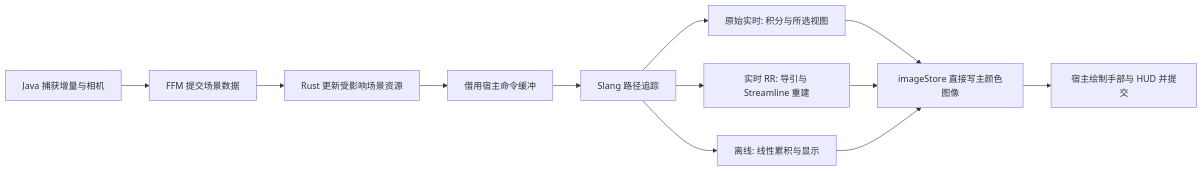
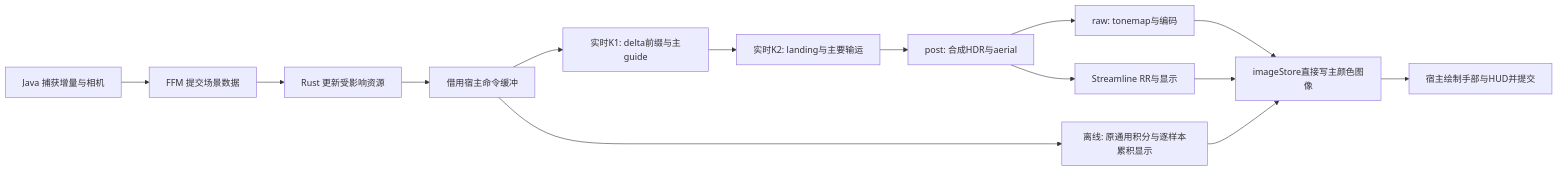
Before and after one commit to bWFuanVzYWth/prime: the diagram in docs/pipeline.md, drawn with Mermaid. The commit also changed other lines of this file and 68 other files, not shown here.

````diff
--- a/docs/pipeline.md
+++ b/docs/pipeline.md
@@ -44,14 +44,16 @@
 ```mermaid
 flowchart LR
     A[Java 捕获增量与相机] --> B[FFM 提交场景数据]
-    B --> C[Rust 更新受影响场景资源]
+    B --> C[Rust 更新受影响资源]
     C --> D[借用宿主命令缓冲]
-    D --> E[Slang 路径追踪]
-    E --> R[原始实时: 积分与所选视图]
-    E --> RR[实时 RR: 导引与 Streamline 重建]
-    E --> O[离线: 线性累积与显示]
-    R --> F[imageStore 直接写主颜色图像]
+    D --> K1[实时K1: delta前缀与主guide]
+    K1 --> K2[实时K2: landing与主要输运]
+    K2 --> P[post: 合成HDR与aerial]
+    P --> R[raw: tonemap与编码]
+    P --> RR[Streamline RR与显示]
+    D --> O[离线: 原通用积分与逐样本累积显示]
+    R --> F[imageStore直接写主颜色图像]
     RR --> F
     O --> F
-    F --> G[宿主绘制手部与 HUD 并提交]
+    F --> G[宿主绘制手部与HUD并提交]
 ```
````
